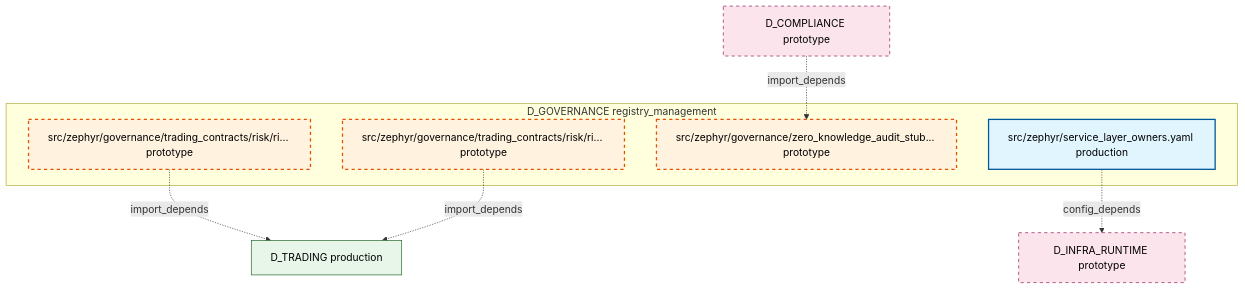
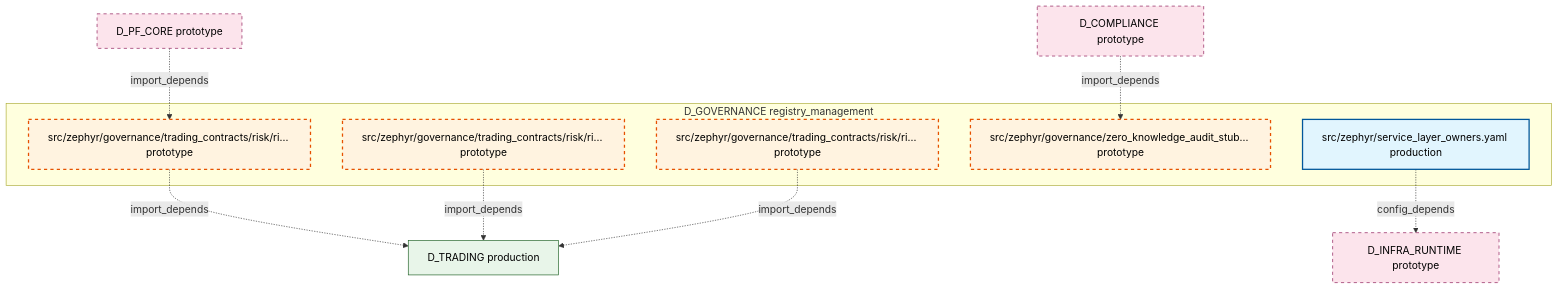
Diagram 30 of 30 in docs/02_enterprise_architecture/02_domain_architecture_docs/32_d_governance.md (xuanFelixVan/ZephyrAlpha), drawn with Mermaid before and after one commit. The commit also changed other lines of this file and 97 other files, not shown here.

````diff
--- a/docs/02_enterprise_architecture/02_domain_architecture_docs/32_d_governance.md
+++ b/docs/02_enterprise_architecture/02_domain_architecture_docs/32_d_governance.md
@@ -2219,24 +2223,28 @@
 ```mermaid
 graph TD
     subgraph D_GOVERNANCE["D_GOVERNANCE registry_management"]
+        src_zephyr_governance_trading_contracts_risk_risk_limits_py["src/zephyr/governance/trading_contracts/risk/ri... prototype"]
         src_zephyr_governance_trading_contracts_risk_risk_metrics_py["src/zephyr/governance/trading_contracts/risk/ri... prototype"]
         src_zephyr_governance_trading_contracts_risk_risk_validator_protocol_py["src/zephyr/governance/trading_contracts/risk/ri... prototype"]
         src_zephyr_governance_zero_knowledge_audit_stub_init_py["src/zephyr/governance/zero_knowledge_audit_stub... prototype"]
         src_zephyr_service_layer_owners_yaml["src/zephyr/service_layer_owners.yaml production"]
     end
     D_INFRA_RUNTIME["D_INFRA_RUNTIME prototype"]
     src_zephyr_service_layer_owners_yaml -.->|config_depends| D_INFRA_RUNTIME
     D_TRADING["D_TRADING production"]
+    src_zephyr_governance_trading_contracts_risk_risk_limits_py -.->|import_depends| D_TRADING
     src_zephyr_governance_trading_contracts_risk_risk_validator_protocol_py -.->|import_depends| D_TRADING
     src_zephyr_governance_trading_contracts_risk_risk_metrics_py -.->|import_depends| D_TRADING
+    D_PF_CORE["D_PF_CORE prototype"]
+    D_PF_CORE -.->|import_depends| src_zephyr_governance_trading_contracts_risk_risk_limits_py
     D_COMPLIANCE["D_COMPLIANCE prototype"]
     D_COMPLIANCE -.->|import_depends| src_zephyr_governance_zero_knowledge_audit_stub_init_py
     classDef production fill:#e1f5fe,stroke:#01579b,stroke-width:2px,color:#000
     classDef design fill:#fff3e0,stroke:#e65100,stroke-width:2px,color:#000,stroke-dasharray: 5 5
     classDef external_prod fill:#e8f5e9,stroke:#1b5e20,stroke-width:1px,color:#000
     classDef external_design fill:#fce4ec,stroke:#880e4f,stroke-width:1px,color:#000,stroke-dasharray: 5 5
     class src_zephyr_service_layer_owners_yaml production
-    class src_zephyr_governance_trading_contracts_risk_risk_metrics_py,src_zephyr_governance_trading_contracts_risk_risk_validator_protocol_py,src_zephyr_governance_zero_knowledge_audit_stub_init_py design
+    class src_zephyr_governance_trading_contracts_risk_risk_limits_py,src_zephyr_governance_trading_contracts_risk_risk_metrics_py,src_zephyr_governance_trading_contracts_risk_risk_validator_protocol_py,src_zephyr_governance_zero_knowledge_audit_stub_init_py design
     class D_TRADING external_prod
-    class D_INFRA_RUNTIME,D_COMPLIANCE external_design
+    class D_INFRA_RUNTIME,D_PF_CORE,D_COMPLIANCE external_design
 ```
````
